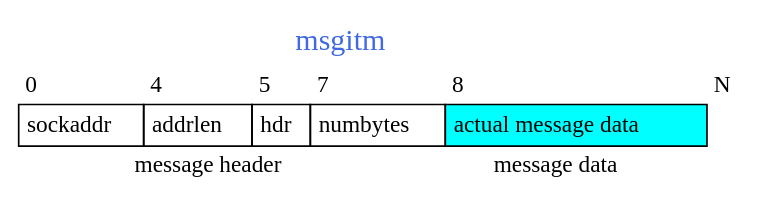
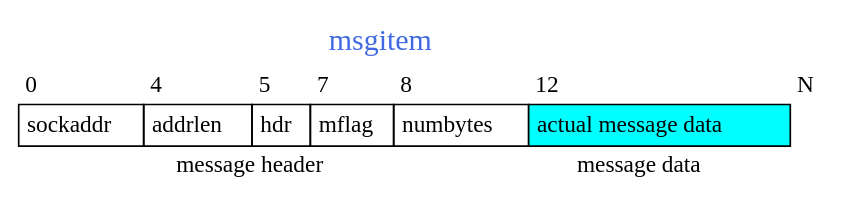
Before and after one commit to fufesou/PengGe: the diagram in doc/cs/design/images/data_overview.dot, drawn with Graphviz. The commit also changed 23 other files, not shown here.

```diff
--- a/doc/cs/design/images/data_overview.dot
+++ b/doc/cs/design/images/data_overview.dot
@@ -1,23 +1,25 @@
 digraph data_flow {
 	msgitem [shape=none, margin=0, label=<
 		<TABLE BORDER="0" CELLBORDER="1" CELLSPACING="0" CELLPADDING="4">
-		<TR><TD COLSPAN="16" BORDER="0"><FONT COLOR="royalblue" POINT-SIZE="18.0"> msgitm </FONT></TD>
+		<TR><TD COLSPAN="20" BORDER="0"><FONT COLOR="royalblue" POINT-SIZE="18.0"> msgitem </FONT></TD>
 		</TR>
 		<TR><TD COLSPAN="4" BORDER = "0" ALIGN="LEFT">0 </TD>
 			<TD COLSPAN="1" BORDER = "0" ALIGN="LEFT">4 </TD>
 			<TD COLSPAN="2" BORDER = "0" ALIGN="LEFT">5 </TD>
 			<TD COLSPAN="1" BORDER = "0" ALIGN="LEFT">7 </TD>
-			<TD COLSPAN="8" BORDER = "0" ALIGN="LEFT">8 </TD>
+			<TD COLSPAN="4" BORDER = "0" ALIGN="LEFT">8 </TD>
+			<TD COLSPAN="8" BORDER = "0" ALIGN="LEFT">12 </TD>
 			<TD BORDER="0" ALIGN="LEFT">N</TD>
 		</TR>
 		<TR><TD COLSPAN="4">sockaddr</TD>
 		    <TD COLSPAN="1">addrlen</TD>
 			<TD COLSPAN="2">hdr</TD>
-			<TD COLSPAN="1">numbytes</TD>
+			<TD COLSPAN="1">mflag</TD>
+			<TD COLSPAN="4">numbytes</TD>
 			<TD COLSPAN="8" BGCOLOR="cyan" PORT="TheData">actual message data</TD>
 		</TR>
-		<TR><TD COLSPAN="8" BORDER="0">message header</TD>
+		<TR><TD COLSPAN="12" BORDER="0">message header</TD>
 		    <TD COLSPAN="8" BORDER="0">message data</TD>
 		</TR>
 		</TABLE>>];
 }
```
